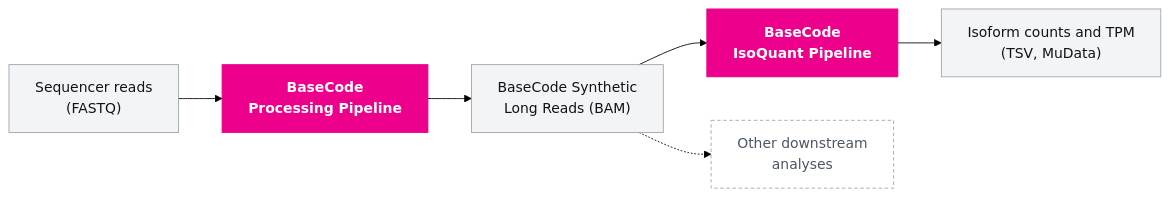
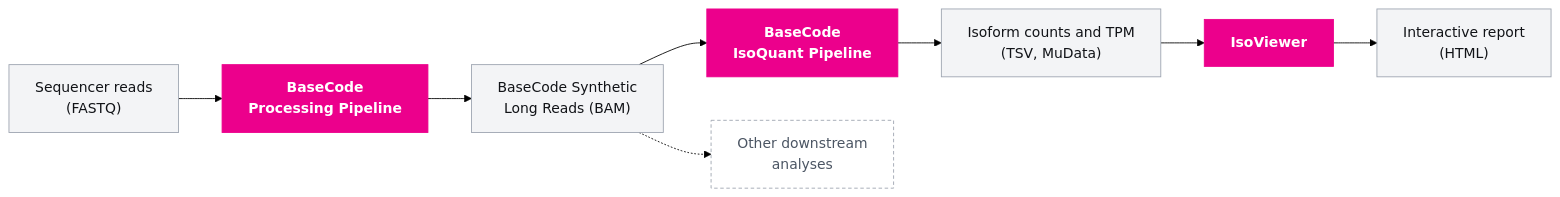
Before and after one commit to BasicGenomics/BaseCodeDocumentation: the diagram in docs/index.md, drawn with Mermaid (forest theme). The commit also changed other lines of this file and 35 other files, not shown here.

Commit message:
IsoViewer docs

````diff
--- a/docs/index.md
+++ b/docs/index.md
@@ -15,11 +15,13 @@
 ```{mermaid}
 flowchart LR
   FQ["Sequencer reads<br/>(FASTQ)"]:::io --> P1["BaseCode<br/>Processing Pipeline"]:::pipe
   P1 --> BAM["BaseCode Synthetic<br/>Long Reads (BAM)"]:::io
   BAM --> P2["BaseCode<br/>IsoQuant Pipeline"]:::pipe
   BAM -.-> OTHER["Other downstream<br/>analyses"]:::opt
   P2 --> OUT["Isoform counts and TPM<br/>(TSV, MuData)"]:::io
+  OUT --> IV["IsoViewer"]:::pipe
+  IV --> REP["Interactive report<br/>(HTML)"]:::io
   classDef pipe fill:#EC008C,stroke:#EC008C,color:#FFFFFF,font-weight:600
   classDef io fill:#F3F4F6,stroke:#9CA3AF,color:#111317
   classDef opt fill:#FFFFFF,stroke:#9CA3AF,color:#4B5563,stroke-dasharray:4 3
 ```
````
